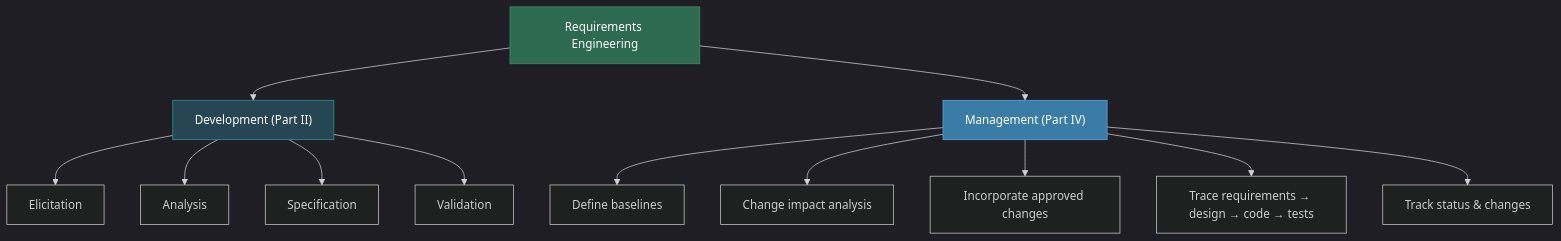
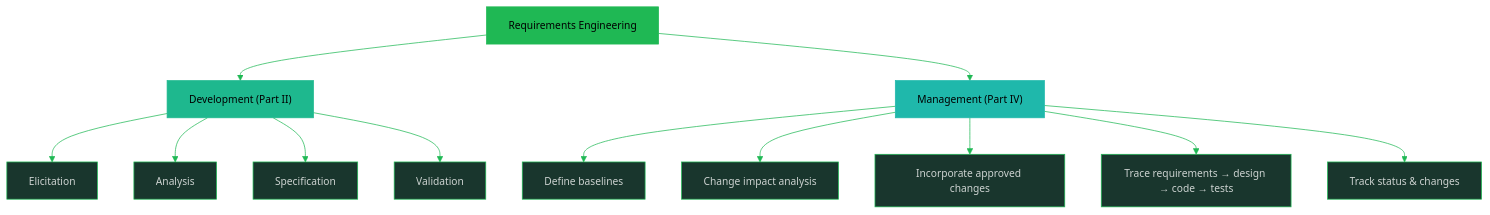
One commit to oat431/swe-knowledge changed the second of 2 diagrams in software-engineering-note/01_Software_Requirements/01_Requirements_Fundamentals.md. Above: the diagram before and after it, drawn with Mermaid. The commit also changed other lines of this file and 13 other files, not shown here.

````diff
--- a/software-engineering-note/01_Software_Requirements/01_Requirements_Fundamentals.md
+++ b/software-engineering-note/01_Software_Requirements/01_Requirements_Fundamentals.md
@@ -131,25 +131,25 @@
 ```mermaid
-%%{init: {'theme':'dark'}}%%
+%%{init: {'theme':'base','themeVariables':{'primaryColor':'#19362D','primaryTextColor':'#CDD3D1','primaryBorderColor':'#1FB854','lineColor':'#1FB854','secondaryColor':'#161212','tertiaryColor':'#1B1717','background':'#1B1717','mainBkg':'#19362D','nodeBorder':'#1FB854','clusterBkg':'#161212','clusterBorder':'#19362D','titleColor':'#1FB854','edgeLabelBackground':'#161212','fontSize':'14px'}}}%%
 flowchart TD
     RE["Requirements Engineering"]
     DEV["Development (Part II)"]
     MGMT["Management (Part IV)"]
 
     RE --> DEV
     RE --> MGMT
 
     DEV --> D1["Elicitation"]
     DEV --> D2["Analysis"]
     DEV --> D3["Specification"]
     DEV --> D4["Validation"]
 
     MGMT --> M1["Define baselines"]
     MGMT --> M2["Change impact analysis"]
     MGMT --> M3["Incorporate approved changes"]
     MGMT --> M4["Trace requirements → design → code → tests"]
     MGMT --> M5["Track status & changes"]
 
-    style RE fill:#2d6a4f,stroke:#40916c,color:#fff
-    style DEV fill:#264653,stroke:#2a9d8f,color:#fff
-    style MGMT fill:#3a7ca5,stroke:#5aa9e6,color:#fff
+    style RE fill:#1FB854,stroke:#1FB854,color:#000000
+    style DEV fill:#1EB88E,stroke:#1EB88E,color:#000000
+    style MGMT fill:#1FB8AB,stroke:#1FB8AB,color:#000000
 ```
````
